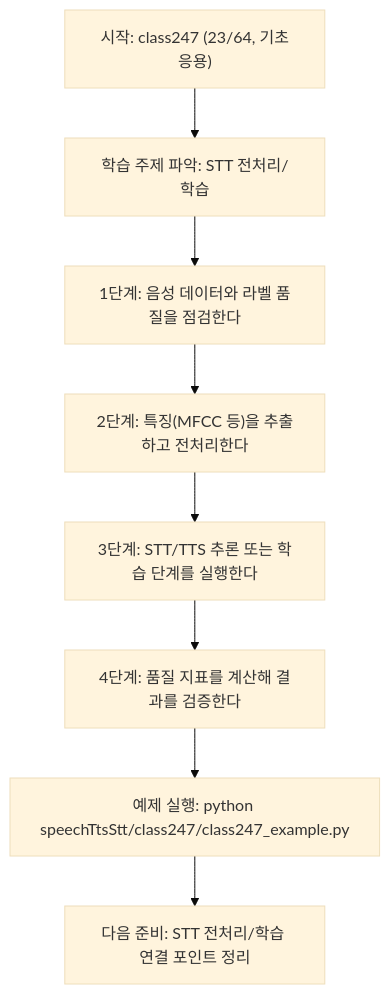
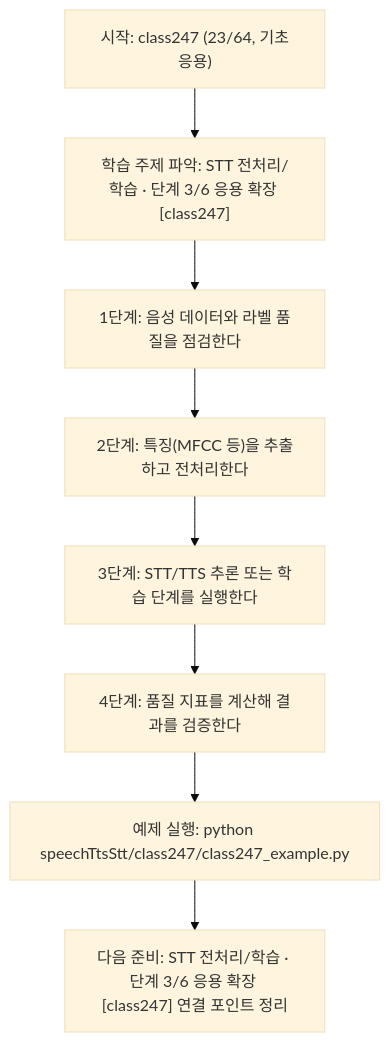
The diagram in speechTtsStt/class247/class247.md (edumgt/Python-AI_Agent-Class), drawn with Mermaid (base theme) before and after one commit. The commit also changed other lines of this file and 522 other files, not shown here.

````diff
--- a/speechTtsStt/class247/class247.md
+++ b/speechTtsStt/class247/class247.md
@@ -113,18 +114,18 @@
 ```mermaid
 flowchart TD
 N1["시작: class247 (23/64, 기초응용)"]
-N2["학습 주제 파악: STT 전처리/학습"]
+N2["학습 주제 파악: STT 전처리/학습 · 단계 3/6 응용 확장 [class247]"]
 N3["1단계: 음성 데이터와 라벨 품질을 점검한다"]
 N4["2단계: 특징(MFCC 등)을 추출하고 전처리한다"]
 N5["3단계: STT/TTS 추론 또는 학습 단계를 실행한다"]
 N6["4단계: 품질 지표를 계산해 결과를 검증한다"]
 N7["예제 실행: python speechTtsStt/class247/class247_example.py"]
-N8["다음 준비: STT 전처리/학습 연결 포인트 정리"]
+N8["다음 준비: STT 전처리/학습 · 단계 3/6 응용 확장 [class247] 연결 포인트 정리"]
 N1 --> N2
 N2 --> N3
 N3 --> N4
 N4 --> N5
 N5 --> N6
 N6 --> N7
 N7 --> N8
 ```
````
